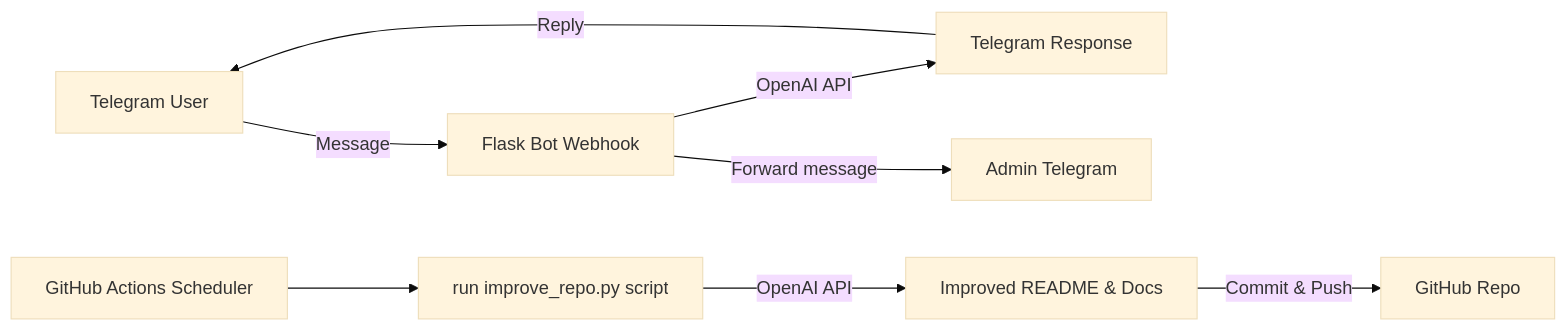
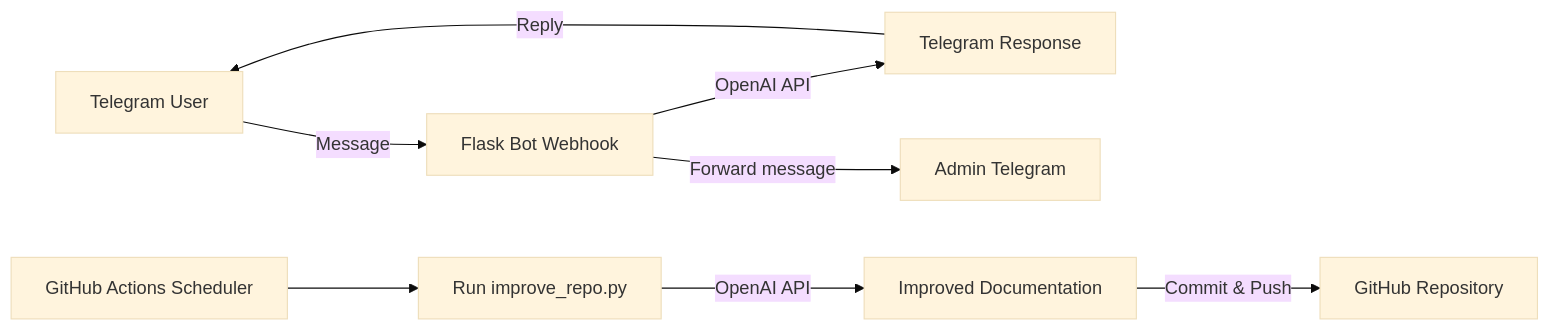
Before and after one commit to Tajana22/abbot: the diagram in README.md, drawn with Mermaid (base theme). The commit also changed other lines of this file, not shown here.

Commit message:
AI: improve repo

````diff
--- a/README.md
+++ b/README.md
@@ -109,11 +145,11 @@
 ```mermaid
 flowchart LR
     A[Telegram User] -->|Message| B[Flask Bot Webhook]
     B -->|OpenAI API| C[Telegram Response]
     C -->|Reply| A
     B -->|Forward message| D[Admin Telegram]
 
-    E[GitHub Actions Scheduler] --> F[run improve_repo.py script]
-    F -->|OpenAI API| G[Improved README & Docs]
-    G -->|Commit & Push| H[GitHub Repo]
+    E[GitHub Actions Scheduler] --> F[Run improve_repo.py]
+    F -->|OpenAI API| G[Improved Documentation]
+    G -->|Commit & Push| H[GitHub Repository]
 ```
````
